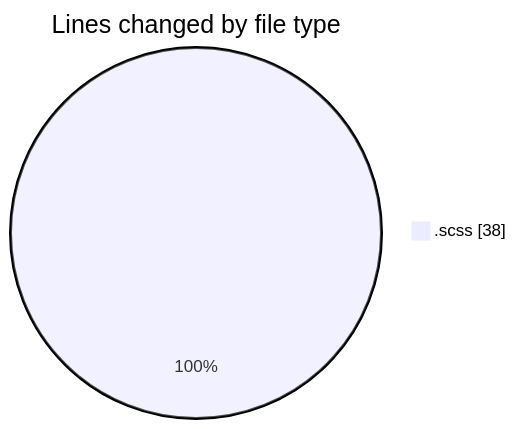
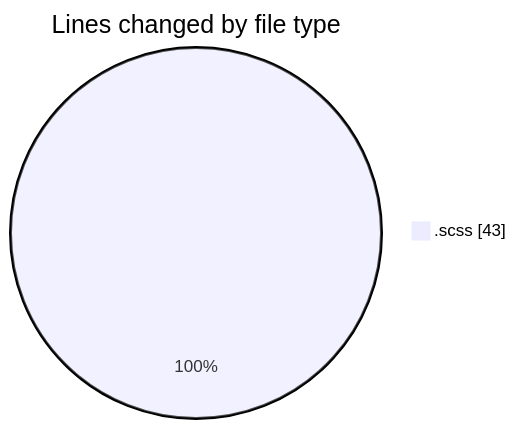
One commit to momahboobian/code-tracking changed the first of 2 diagrams in 2025-03-04/cda/README.md. Above: the diagram before and after it, drawn with Mermaid. The commit also changed other lines of this file and 1 other file, not shown here.

````diff
--- a/2025-03-04/cda/README.md
+++ b/2025-03-04/cda/README.md
@@ -20,5 +20,5 @@
 ```mermaid
 pie showData
 title Lines changed by file type
-".scss" : 38
+".scss" : 43
 ```
````
